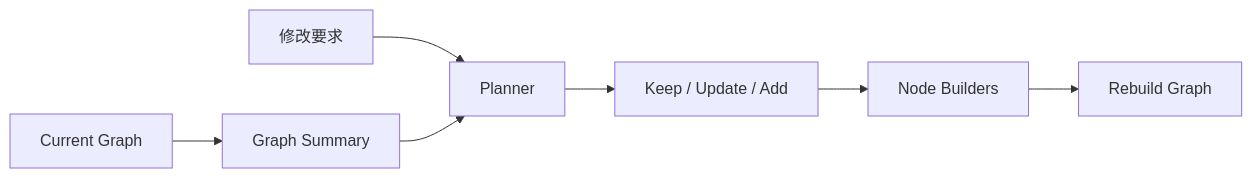
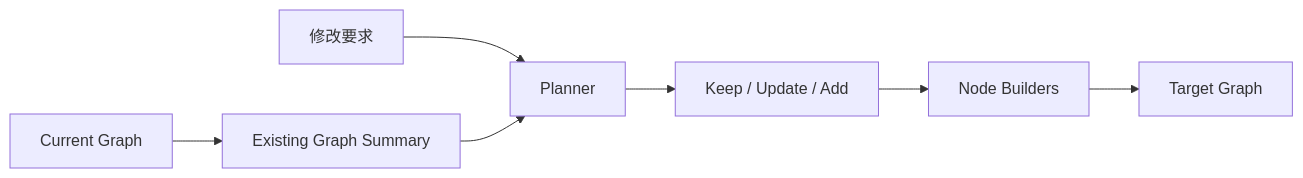
The eighth of 10 diagrams in weekly-report/dify-1.17-core-capabilities-research.md (sgfd-ui/internship), drawn with Mermaid before and after one commit. The commit also changed other lines of this file, not shown here.

````diff
--- a/weekly-report/dify-1.17-core-capabilities-research.md
+++ b/weekly-report/dify-1.17-core-capabilities-research.md
@@ -268,9 +265,9 @@
 ```mermaid
 flowchart LR
-    A[Current Graph] --> B[Graph Summary]
+    A[Current Graph] --> B[Existing Graph Summary]
     C[修改要求] --> D[Planner]
     B --> D
     D --> E[Keep / Update / Add]
     E --> F[Node Builders]
-    F --> G[Rebuild Graph]
+    F --> G[Target Graph]
 ```
````
